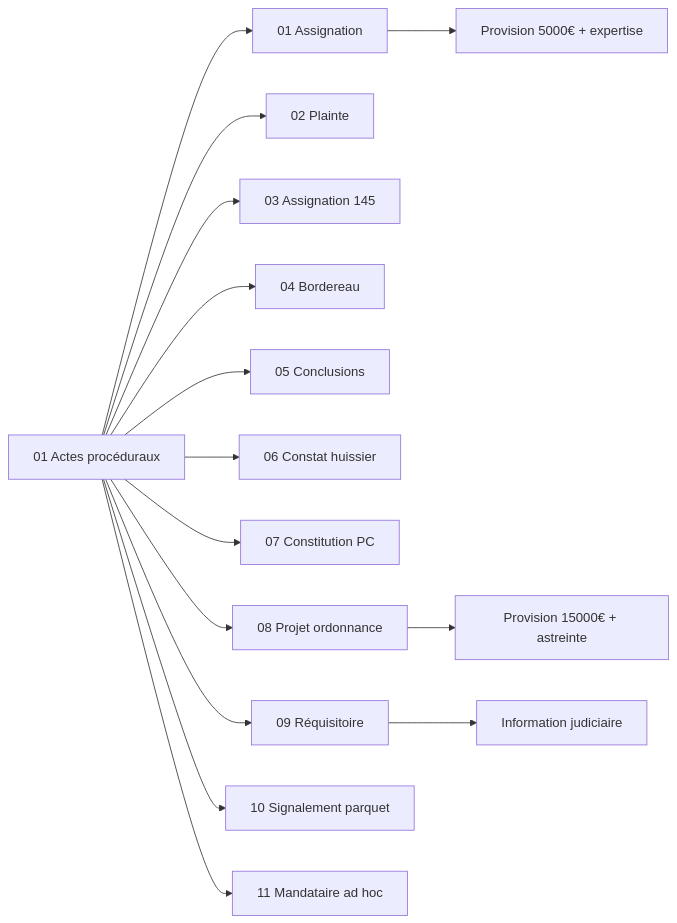
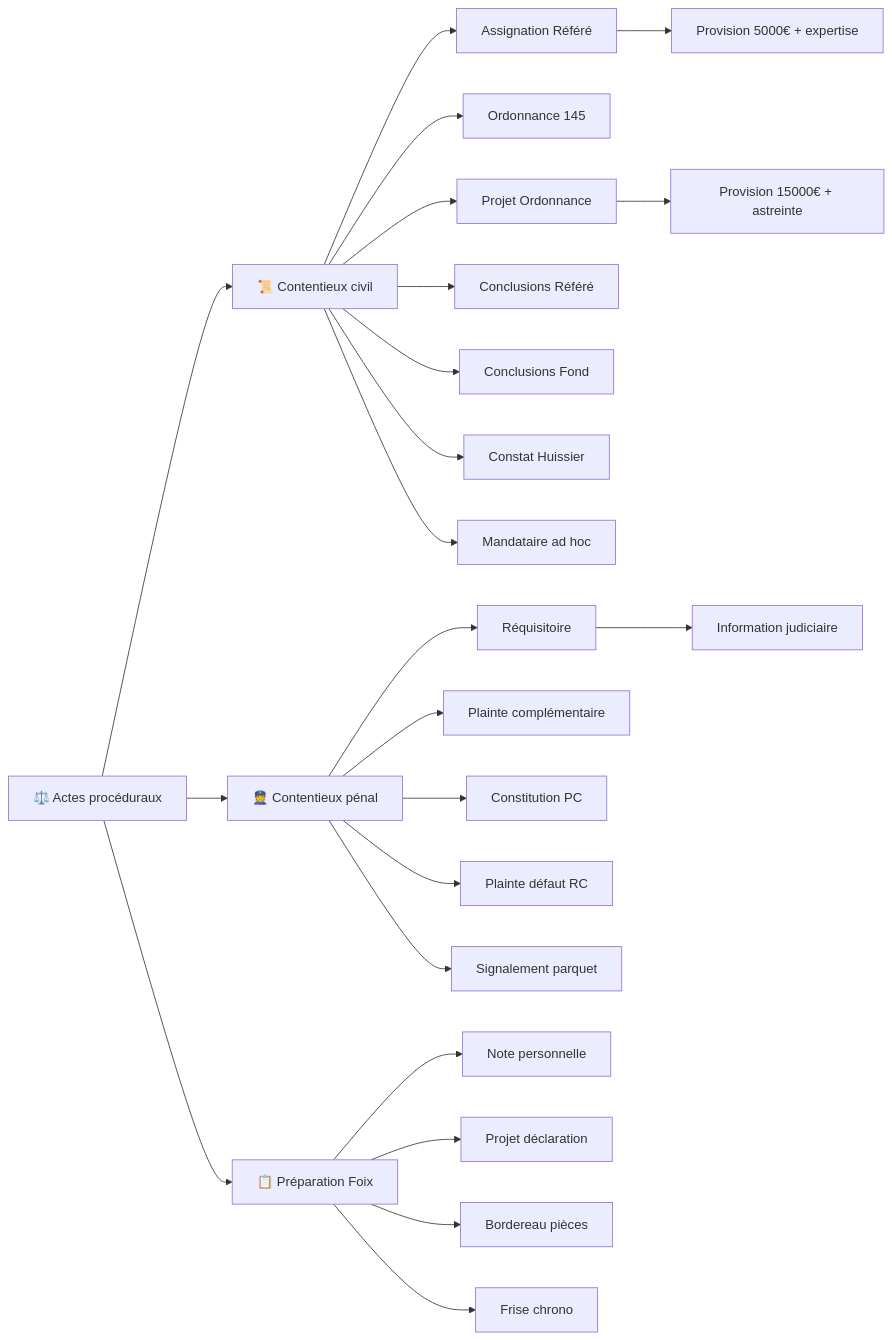
The diagram in ⚖️ Actes/🔑 Token/⚖️ Actes proceduraux/README.md (criloOcom/accident-main), drawn with Mermaid before and after one commit. The commit also changed other lines of this file and 209 other files, not shown here.

````diff
--- a/⚖️ Actes/🔑 Token/⚖️ Actes proceduraux/README.md
+++ b/⚖️ Actes/🔑 Token/⚖️ Actes proceduraux/README.md
@@ -56,17 +61,25 @@
 ```mermaid
 graph LR
-    P[01 Actes procéduraux] --> A1[01 Assignation]
-    P --> A2[02 Plainte]
-    P --> A3[03 Assignation 145]
-    P --> A4[04 Bordereau]
-    P --> A5[05 Conclusions]
-    P --> A6[06 Constat huissier]
-    P --> A7[07 Constitution PC]
-    P --> A8[08 Projet ordonnance]
-    P --> A9[09 Réquisitoire]
-    P --> A10[10 Signalement parquet]
-    P --> A11[11 Mandataire ad hoc]
-    A1 --> F[Provision 5000€ + expertise]
-    A8 --> F2[Provision 15000€ + astreinte]
-    A9 --> J[Information judiciaire]
+    P[⚖️ Actes procéduraux] --> C[📜 Contentieux civil]
+    C --> A1[Assignation Référé]
+    C --> A2[Ordonnance 145]
+    C --> A3[Projet Ordonnance]
+    C --> A4[Conclusions Référé]
+    C --> A5[Conclusions Fond]
+    C --> A6[Constat Huissier]
+    C --> A7[Mandataire ad hoc]
+    P --> P1[👮 Contentieux pénal]
+    P1 --> B1[Réquisitoire]
+    P1 --> B2[Plainte complémentaire]
+    P1 --> B3[Constitution PC]
+    P1 --> B4[Plainte défaut RC]
+    P1 --> B5[Signalement parquet]
+    P --> F[📋 Préparation Foix]
+    F --> F1[Note personnelle]
+    F --> F2[Projet déclaration]
+    F --> F3[Bordereau pièces]
+    F --> F4[Frise chrono]
+    A1 --> PROV[Provision 5000€ + expertise]
+    A3 --> PROV2[Provision 15000€ + astreinte]
+    B1 --> INFO[Information judiciaire]
 ```
````
